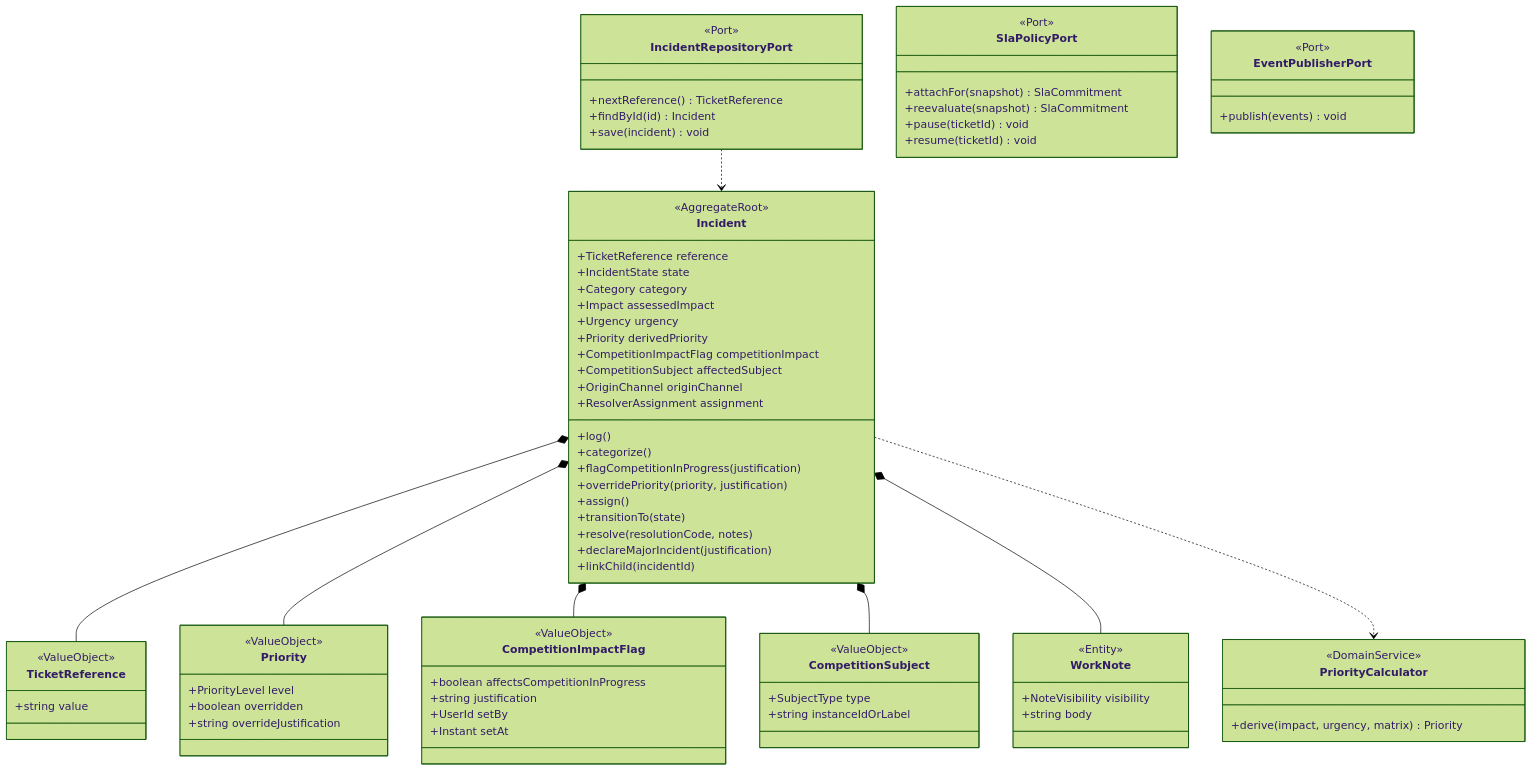
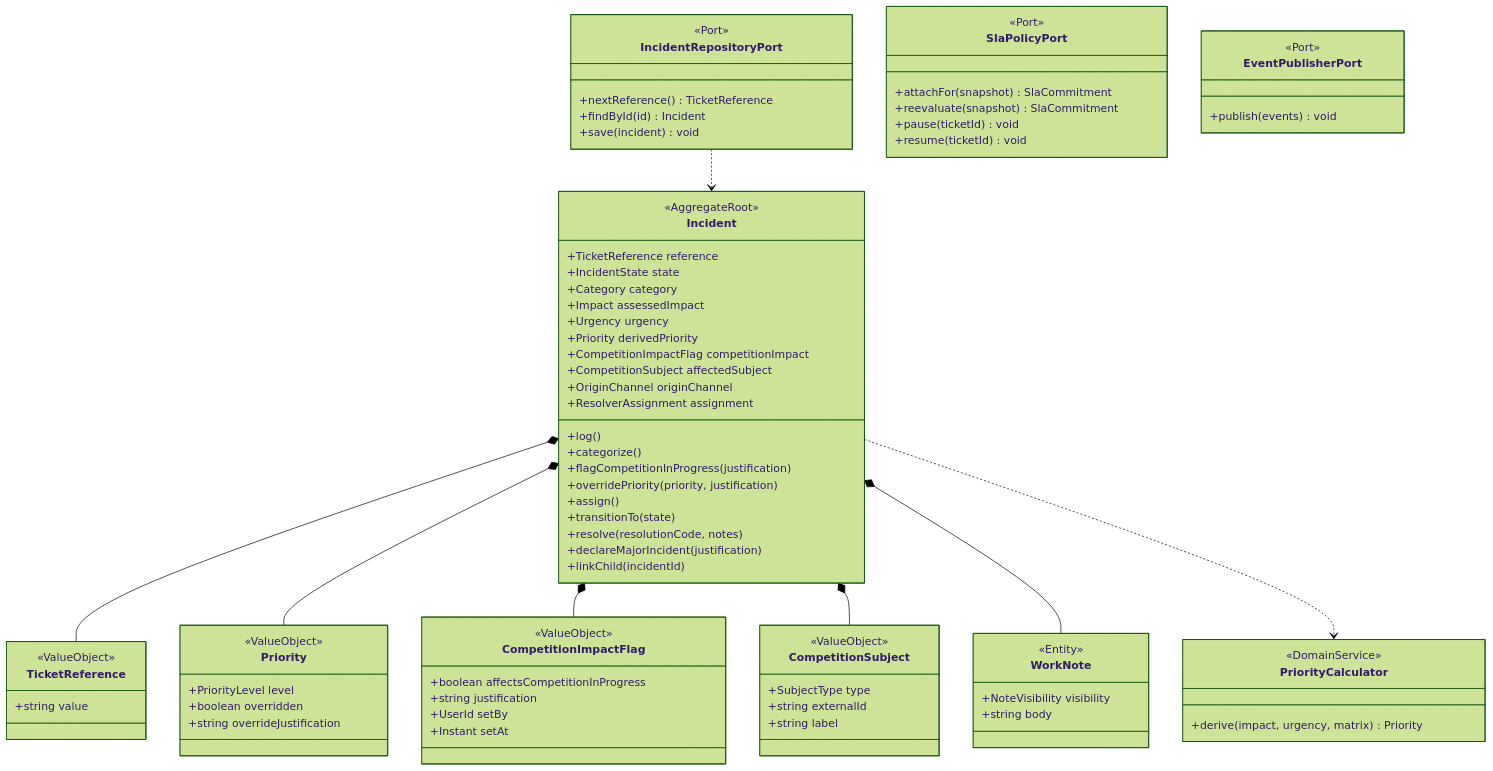
One commit to igomez-ai4devs-projects/AI4Devs-finalproject changed the sixth of 8 diagrams in docs/product/ARCHITECTURE.md. Above: the diagram before and after it, drawn with Mermaid (forest theme). The commit also changed other lines of this file and 2 other files, not shown here.

````diff
--- a/docs/product/ARCHITECTURE.md
+++ b/docs/product/ARCHITECTURE.md
@@ -657,81 +661,82 @@
 ```mermaid
 classDiagram
     class Incident {
         <<AggregateRoot>>
         +TicketReference reference
         +IncidentState state
         +Category category
         +Impact assessedImpact
         +Urgency urgency
         +Priority derivedPriority
         +CompetitionImpactFlag competitionImpact
         +CompetitionSubject affectedSubject
         +OriginChannel originChannel
         +ResolverAssignment assignment
         +log()
         +categorize()
         +flagCompetitionInProgress(justification)
         +overridePriority(priority, justification)
         +assign()
         +transitionTo(state)
         +resolve(resolutionCode, notes)
         +declareMajorIncident(justification)
         +linkChild(incidentId)
     }
     class TicketReference {
         <<ValueObject>>
         +string value
     }
     class CompetitionImpactFlag {
         <<ValueObject>>
         +boolean affectsCompetitionInProgress
         +string justification
         +UserId setBy
         +Instant setAt
     }
     class Priority {
         <<ValueObject>>
         +PriorityLevel level
         +boolean overridden
         +string overrideJustification
     }
     class CompetitionSubject {
         <<ValueObject>>
         +SubjectType type
-        +string instanceIdOrLabel
+        +string externalId
+        +string label
     }
     class WorkNote {
         <<Entity>>
         +NoteVisibility visibility
         +string body
     }
     class PriorityCalculator {
         <<DomainService>>
         +derive(impact, urgency, matrix) Priority
     }
     class IncidentRepositoryPort {
         <<Port>>
         +nextReference() TicketReference
         +findById(id) Incident
         +save(incident) void
     }
     class SlaPolicyPort {
         <<Port>>
         +attachFor(snapshot) SlaCommitment
         +reevaluate(snapshot) SlaCommitment
         +pause(ticketId) void
         +resume(ticketId) void
     }
     class EventPublisherPort {
         <<Port>>
         +publish(events) void
     }
 
     Incident *-- TicketReference
     Incident *-- Priority
     Incident *-- CompetitionImpactFlag
     Incident *-- CompetitionSubject
     Incident *-- WorkNote
     Incident ..> PriorityCalculator
     IncidentRepositoryPort ..> Incident
 ```
````
